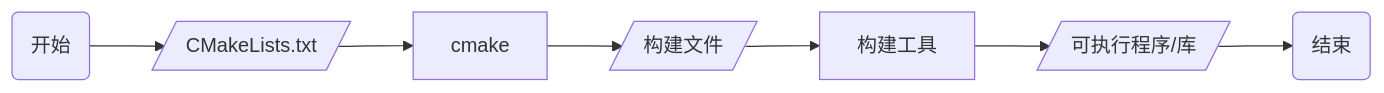
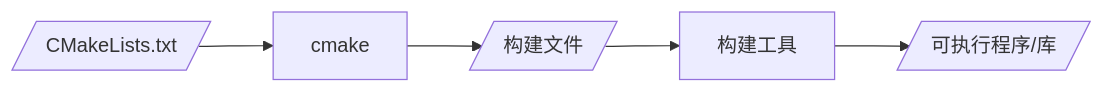
Before and after one commit to dmjcb/dmjcb.github.io: the first of 9 diagrams in _posts/software/build_tool/cmake/2024-10-22-使用.md, drawn with Mermaid. The commit also changed other lines of this file and 72 other files, not shown here.

````diff
--- a/_posts/software/build_tool/cmake/2024-10-22-使用.md
+++ b/_posts/software/build_tool/cmake/2024-10-22-使用.md
@@ -48,4 +48,4 @@
 ```mermaid
 graph LR;
-    S(开始)-->A1[/CMakeLists.txt/]--> B[cmake]-->B1[/构建文件/]-->C[构建工具]--> C1[/可执行程序/库/]-->F(结束)
+    A1[/CMakeLists.txt/]--> B[cmake]-->B1[/构建文件/]-->C[构建工具]--> C1[/可执行程序/库/]
 ```
````
